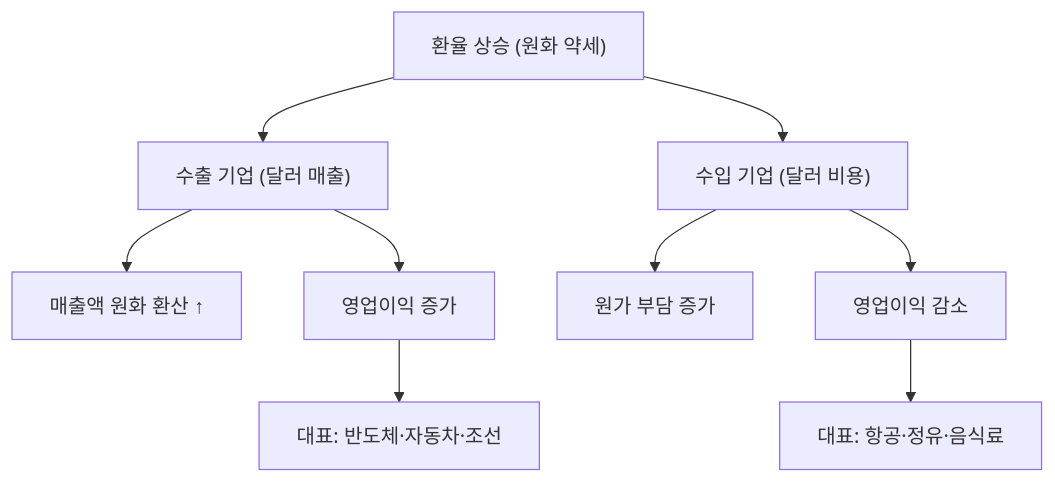
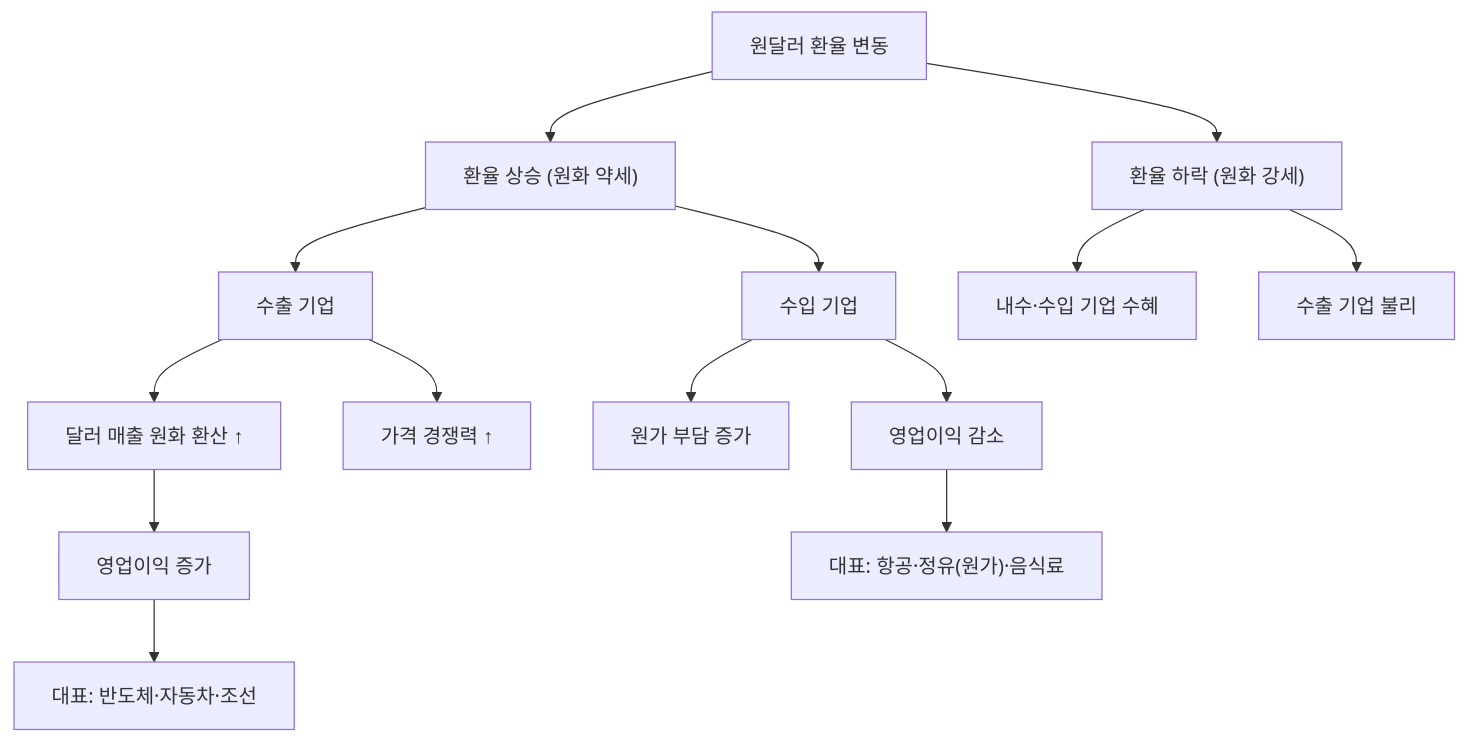
One commit to yeongseon/stock-visual-note changed the diagram in content/stock-terms/ko/level-09-strategy-risk/exchange-rate-beneficiary.md. Above: the diagram before and after it, drawn with Mermaid. The commit also changed other lines of this file and 9 other files, not shown here.

Commit message:
content: rewrite level-09 (10 articles) — richer diagrams, realistic scenarios, blog tone

````diff
--- a/content/stock-terms/ko/level-09-strategy-risk/exchange-rate-beneficiary.md
+++ b/content/stock-terms/ko/level-09-strategy-risk/exchange-rate-beneficiary.md
@@ -42,12 +43,17 @@
 ```mermaid
 graph TD
-    A["환율 상승 (원화 약세)"]
-    A --> B["수출 기업 (달러 매출)"]
-    A --> C["수입 기업 (달러 비용)"]
-    B --> B1["매출액 원화 환산 ↑"]
-    B --> B2["영업이익 증가"]
-    C --> C1["원가 부담 증가"]
-    C --> C2["영업이익 감소"]
-    B2 --> D["대표: 반도체·자동차·조선"]
-    C2 --> E["대표: 항공·정유·음식료"]
+    A["원달러 환율 변동"]
+    A --> B["환율 상승 (원화 약세)"]
+    A --> C["환율 하락 (원화 강세)"]
+    B --> B1["수출 기업"]
+    B --> B2["수입 기업"]
+    B1 --> B3["달러 매출 원화 환산 ↑"]
+    B1 --> B4["가격 경쟁력 ↑"]
+    B3 --> B5["영업이익 증가"]
+    B2 --> B6["원가 부담 증가"]
+    B2 --> B7["영업이익 감소"]
+    C --> C1["내수·수입 기업 수혜"]
+    C --> C2["수출 기업 불리"]
+    B5 --> D["대표: 반도체·자동차·조선"]
+    B7 --> E["대표: 항공·정유(원가)·음식료"]
 ```
````
